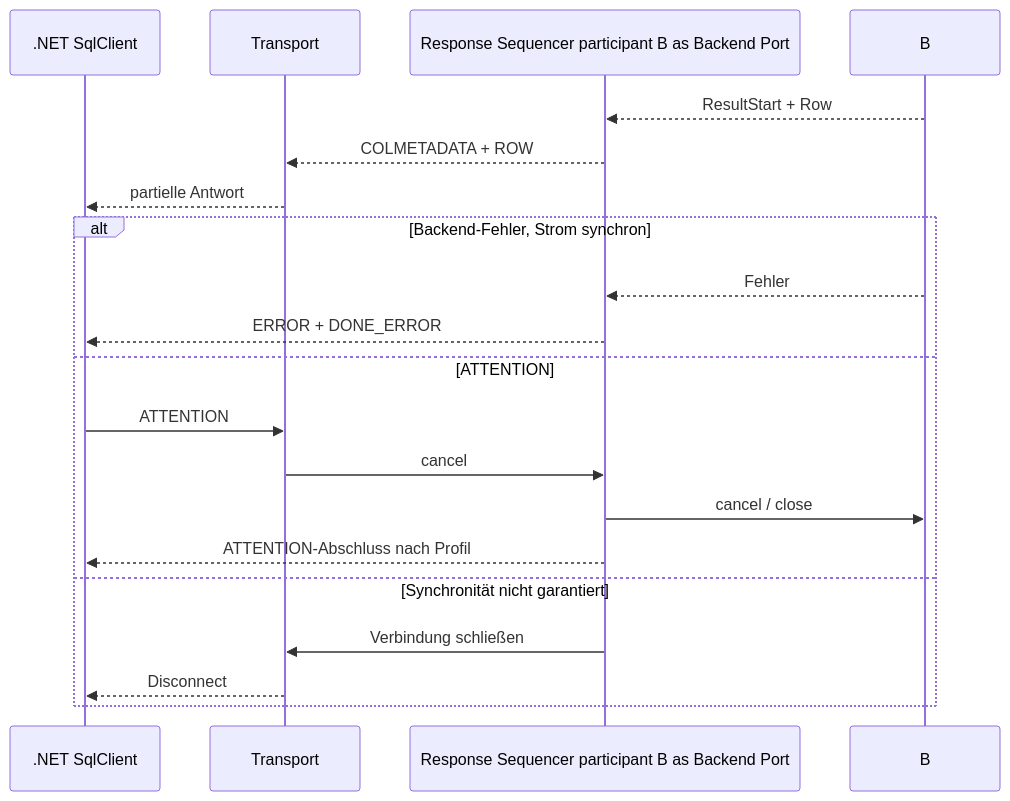
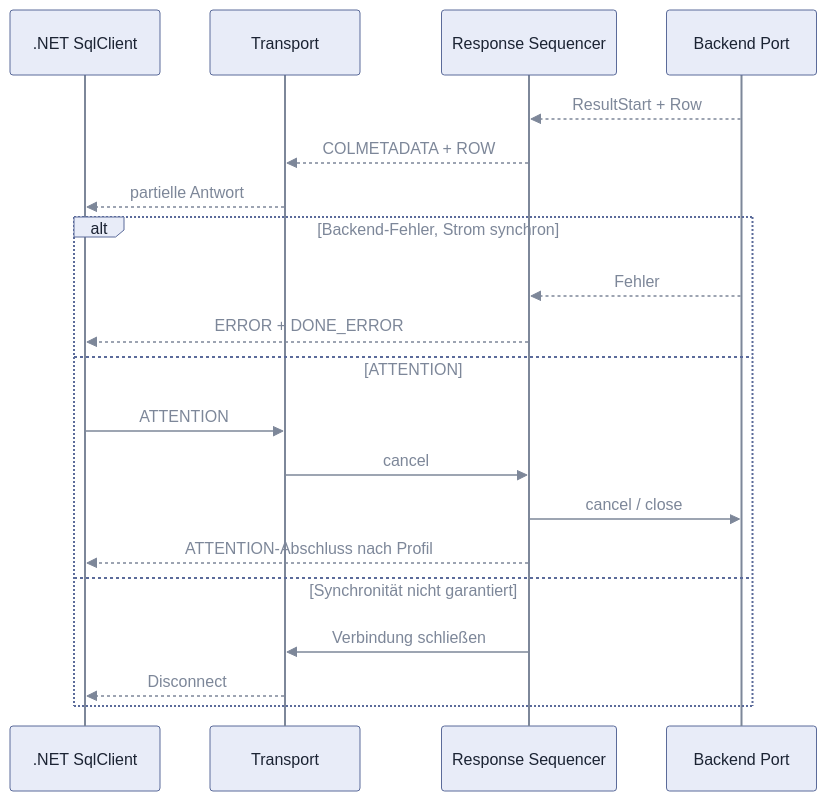
The fifth of 5 diagrams in spec/architecture.md (pt9912/tdswire), drawn with Mermaid before and after one commit. The commit also changed other lines of this file, not shown here.

Commit message:
Sequenzdiagramme lesbar in hellem und dunklem Theme, fehlende Zeilenumbrüche in zwei Diagrammen ergänzt (TDS-QA-05)

````diff
--- a/spec/architecture.md
+++ b/spec/architecture.md
@@ -172,21 +178,23 @@
 ```mermaid
+%%{init: {'theme': 'base', 'themeVariables': {'lineColor': '#7d8799', 'primaryColor': '#e8ecf8', 'primaryTextColor': '#1b2333', 'primaryBorderColor': '#5b6b9a', 'actorBkg': '#e8ecf8', 'actorBorder': '#5b6b9a', 'actorTextColor': '#1b2333', 'actorLineColor': '#7d8799', 'signalColor': '#7d8799', 'signalTextColor': '#7d8799', 'labelBoxBkgColor': '#e8ecf8', 'labelBoxBorderColor': '#5b6b9a', 'labelTextColor': '#1b2333', 'loopTextColor': '#7d8799', 'noteBkgColor': '#e8ecf8', 'noteTextColor': '#1b2333', 'noteBorderColor': '#5b6b9a'}}}%%
 sequenceDiagram
     participant C as .NET SqlClient
     participant T as Transport
-    participant Q as Response Sequencer    participant B as Backend Port
+    participant Q as Response Sequencer
+    participant B as Backend Port
     B-->>Q: ResultStart + Row
     Q-->>T: COLMETADATA + ROW
     T-->>C: partielle Antwort
     alt Backend-Fehler, Strom synchron
         B-->>Q: Fehler
         Q-->>C: ERROR + DONE_ERROR
     else ATTENTION
         C->>T: ATTENTION
         T->>Q: cancel
         Q->>B: cancel / close
         Q-->>C: ATTENTION-Abschluss nach Profil
     else Synchronität nicht garantiert
         Q->>T: Verbindung schließen
         T-->>C: Disconnect
     end
 ```
````
